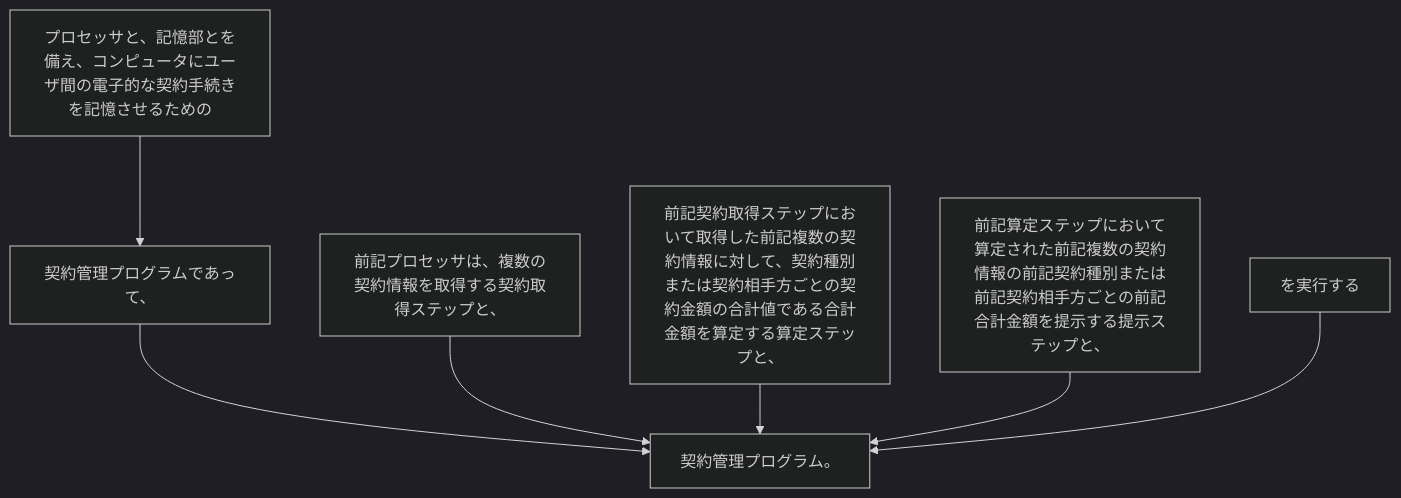
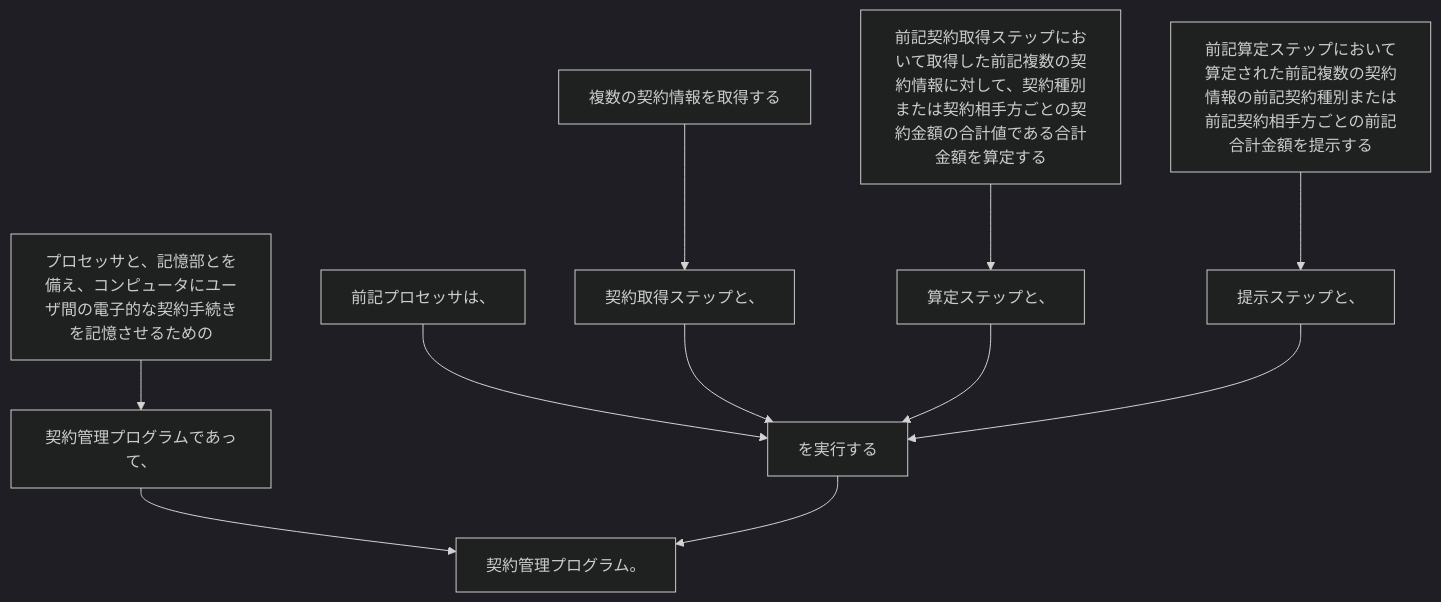
Before and after one commit to shinmori55/patent_analyzed: the diagram in 2024/JP2024014095A/claim_1/README.md, drawn with Mermaid (dark theme). The commit also changed 336 other files, not shown here.

````diff
--- a/2024/JP2024014095A/claim_1/README.md
+++ b/2024/JP2024014095A/claim_1/README.md
@@ -7,16 +7,24 @@
 ```mermaid
 flowchart TD
 A[プロセッサと、記憶部とを備え、コンピュータにユーザ間の電子的な契約手続きを記憶させるための]
 B[契約管理プログラムであって、]
-C[前記プロセッサは、複数の契約情報を取得する契約取得ステップと、]
-D[前記契約取得ステップにおいて取得した前記複数の契約情報に対して、契約種別または契約相手方ごとの契約金額の合計値である合計金額を算定する算定ステップと、]
-E[前記算定ステップにおいて算定された前記複数の契約情報の前記契約種別または前記契約相手方ごとの前記合計金額を提示する提示ステップと、]
-F[を実行する]
-G[契約管理プログラム。]
+C[前記プロセッサは、]
+D[複数の契約情報を取得する]
+E[契約取得ステップと、]
+F[前記契約取得ステップにおいて取得した前記複数の契約情報に対して、契約種別または契約相手方ごとの契約金額の合計値である合計金額を算定する]
+G[算定ステップと、]
+H[前記算定ステップにおいて算定された前記複数の契約情報の前記契約種別または前記契約相手方ごとの前記合計金額を提示する]
+I[提示ステップと、]
+J[を実行する]
+K[契約管理プログラム。]
 A --> B
-B --> G
-C --> G
-D --> G
-E --> G
+B --> K
+C --> J
+D --> E
 F --> G
+H --> I
+E --> J
+G --> J
+I --> J
+J --> K
 ```
````
